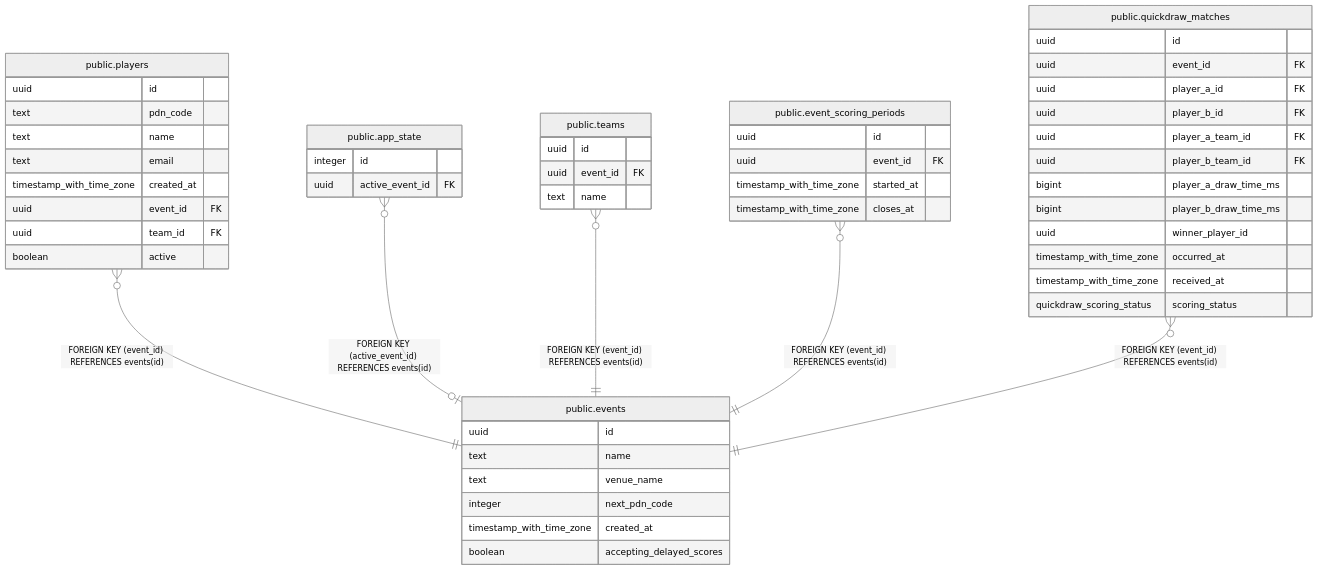
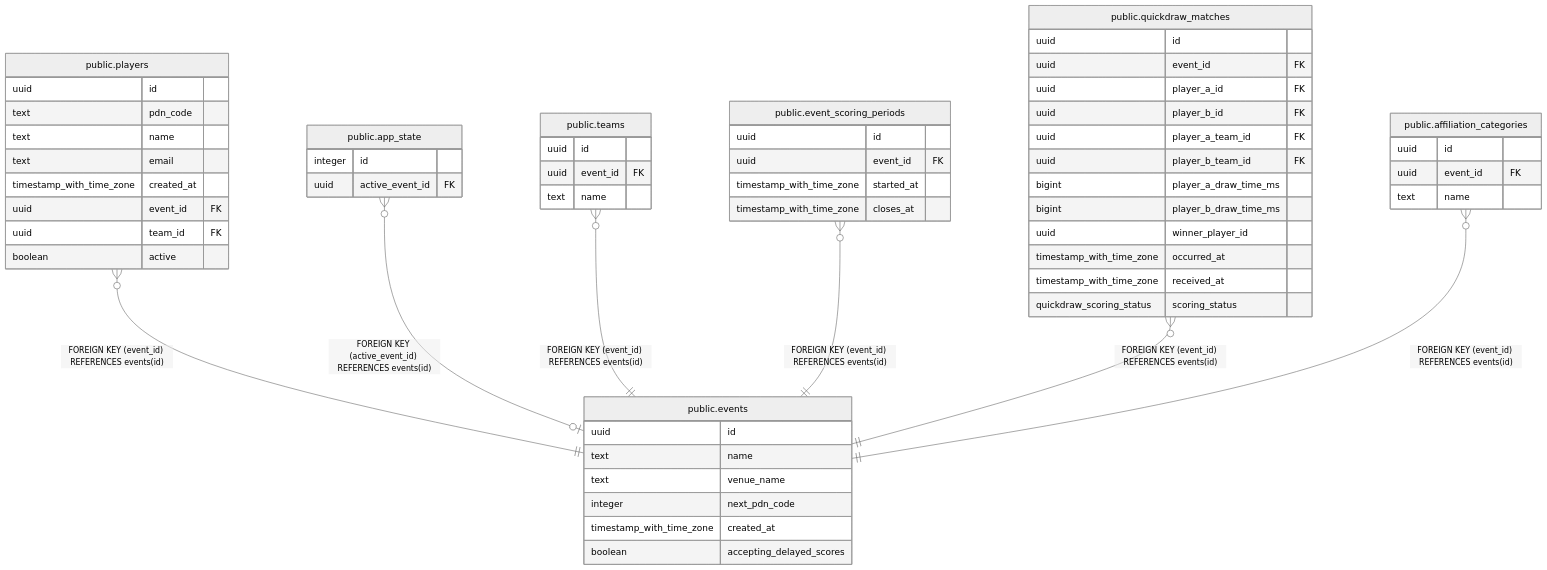
One commit to alleycatassetacquisitions/alleycat-rs changed the diagram in docs/database/schema/public.events.md. Above: the diagram before and after it, drawn with Mermaid (neutral theme). The commit also changed other lines of this file and 16 other files, not shown here.

Commit message:
Add event affiliation schema and development seed data (#47)

````diff
--- a/docs/database/schema/public.events.md
+++ b/docs/database/schema/public.events.md
@@ -34,57 +34,63 @@
 ```mermaid
 erDiagram
 
 "public.players" }o--|| "public.events" : "FOREIGN KEY (event_id) REFERENCES events(id)"
 "public.app_state" }o--o| "public.events" : "FOREIGN KEY (active_event_id) REFERENCES events(id)"
 "public.teams" }o--|| "public.events" : "FOREIGN KEY (event_id) REFERENCES events(id)"
 "public.event_scoring_periods" }o--|| "public.events" : "FOREIGN KEY (event_id) REFERENCES events(id)"
 "public.quickdraw_matches" }o--|| "public.events" : "FOREIGN KEY (event_id) REFERENCES events(id)"
+"public.affiliation_categories" }o--|| "public.events" : "FOREIGN KEY (event_id) REFERENCES events(id)"
 
 "public.events" {
   uuid id
   text name
   text venue_name
   integer next_pdn_code
   timestamp_with_time_zone created_at
   boolean accepting_delayed_scores
 }
 "public.players" {
   uuid id
   text pdn_code
   text name
   text email
   timestamp_with_time_zone created_at
   uuid event_id FK
   uuid team_id FK
   boolean active
 }
 "public.app_state" {
   integer id
   uuid active_event_id FK
 }
 "public.teams" {
   uuid id
   uuid event_id FK
   text name
 }
 "public.event_scoring_periods" {
   uuid id
   uuid event_id FK
   timestamp_with_time_zone started_at
   timestamp_with_time_zone closes_at
 }
 "public.quickdraw_matches" {
   uuid id
   uuid event_id FK
   uuid player_a_id FK
   uuid player_b_id FK
   uuid player_a_team_id FK
   uuid player_b_team_id FK
   bigint player_a_draw_time_ms
   bigint player_b_draw_time_ms
   uuid winner_player_id
   timestamp_with_time_zone occurred_at
   timestamp_with_time_zone received_at
   quickdraw_scoring_status scoring_status
 }
+"public.affiliation_categories" {
+  uuid id
+  uuid event_id FK
+  text name
+}
 ```
````
